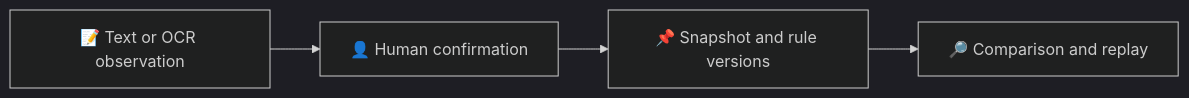
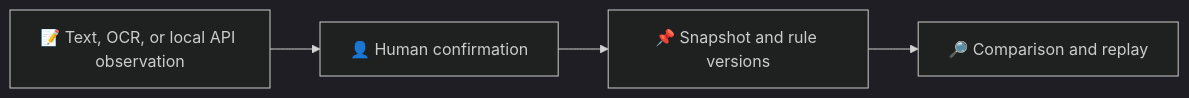
Before and after one commit to schorsch888/LootWeave: the diagram in README.md, drawn with Mermaid (dark theme). The commit also changed other lines of this file and 36 other files, not shown here.

First line of the commit message:
feat: add local live observations and screenshot OCR import (#15)

````diff
--- a/README.md
+++ b/README.md
@@ -45,6 +46,6 @@
 ```mermaid
 flowchart LR
-    A["📝 Text or OCR observation"] --> B["👤 Human confirmation"]
+    A["📝 Text, OCR, or local API observation"] --> B["👤 Human confirmation"]
     B --> C["📌 Snapshot and rule versions"]
     C --> D["🔎 Comparison and replay"]
 ```
````
